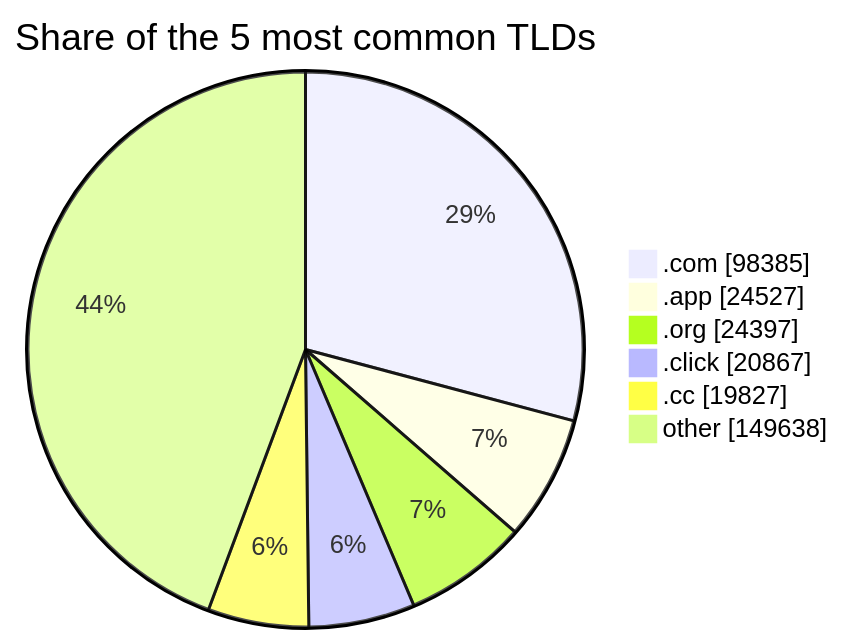
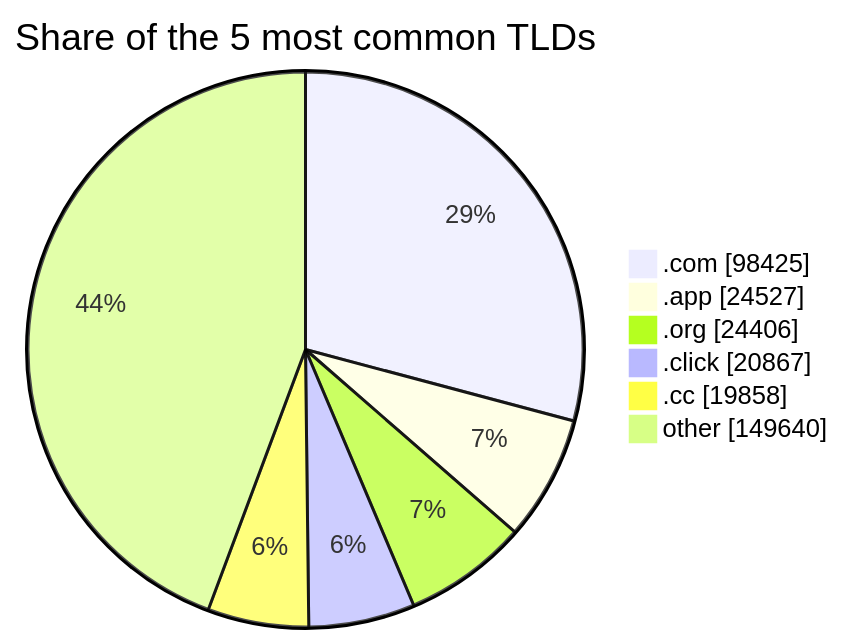
Before and after one commit to DNSBunker/CTI: the third of 3 diagrams in README.md, drawn with Mermaid. The commit also changed other lines of this file and 4 other files, not shown here.

````diff
--- a/README.md
+++ b/README.md
@@ -81,9 +81,9 @@
 ```mermaid
 pie showData title Share of the 5 most common TLDs
-    ".com" : 98385
+    ".com" : 98425
     ".app" : 24527
-    ".org" : 24397
+    ".org" : 24406
     ".click" : 20867
-    ".cc" : 19827
-    "other" : 149638
+    ".cc" : 19858
+    "other" : 149640
 ```
````
